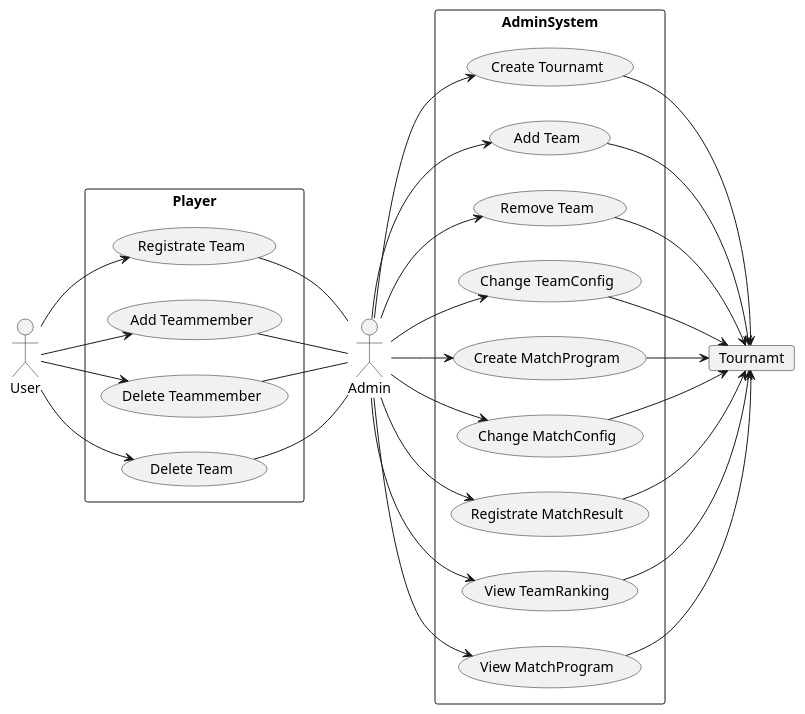
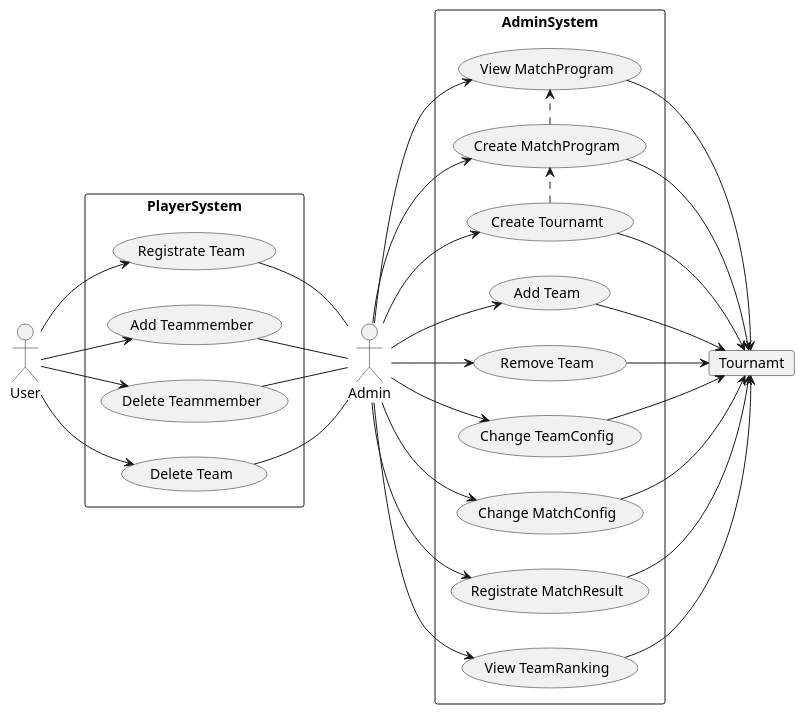
Before and after one commit to Legolai/SP3: the diagram in docs/UseCase.puml, drawn with PlantUML. The commit also changed 1 other file, not shown here.

Commit message:
update and classDiagram v1

```diff
--- a/docs/UseCase.puml
+++ b/docs/UseCase.puml
@@ -1,59 +1,62 @@
 @startuml
 'https://plantuml.com/use-case-diagram
 left to right direction
 
 
-rectangle Player {
+rectangle PlayerSystem {
     usecase "Registrate Team" as UCP1
     usecase "Add Teammember" as UCP2
     usecase "Delete Teammember" as UCP3
     usecase "Delete Team" as UCP4
 }
 
 User --> UCP1
 User --> UCP2
 User --> UCP3
 User --> UCP4
 
 rectangle AdminSystem {
     usecase "Create Tournamt" as UCAS1
     usecase "Add Team" as UCAS2
     usecase "Remove Team" as UCAS3
     usecase "Change TeamConfig" as UCAS4
     usecase "Create MatchProgram" as UCAS5
     usecase "Change MatchConfig" as UCAS6
     usecase "Registrate MatchResult" as UCAS7
     usecase "View TeamRanking" as UCAS8
     usecase "View MatchProgram" as UCAS9
 }
+
+UCAS1 .> UCAS5
+UCAS5 .> UCAS9
 
 Admin --> UCAS1
 Admin --> UCAS2
 Admin --> UCAS3
 Admin --> UCAS4
 Admin --> UCAS5
 Admin --> UCAS6
 Admin --> UCAS7
 Admin --> UCAS8
 Admin --> UCAS9
 
 UCP1 -- Admin
 UCP2 -- Admin
 UCP3 -- Admin
 UCP4 -- Admin
 
 card Tournamt
 
 UCAS1 --> Tournamt
 UCAS2 --> Tournamt
 UCAS3 --> Tournamt
 UCAS4 --> Tournamt
 UCAS5 --> Tournamt
 UCAS6 --> Tournamt
 UCAS7 --> Tournamt
 UCAS8 --> Tournamt
 UCAS9 --> Tournamt
 
 
 
 @enduml
```
